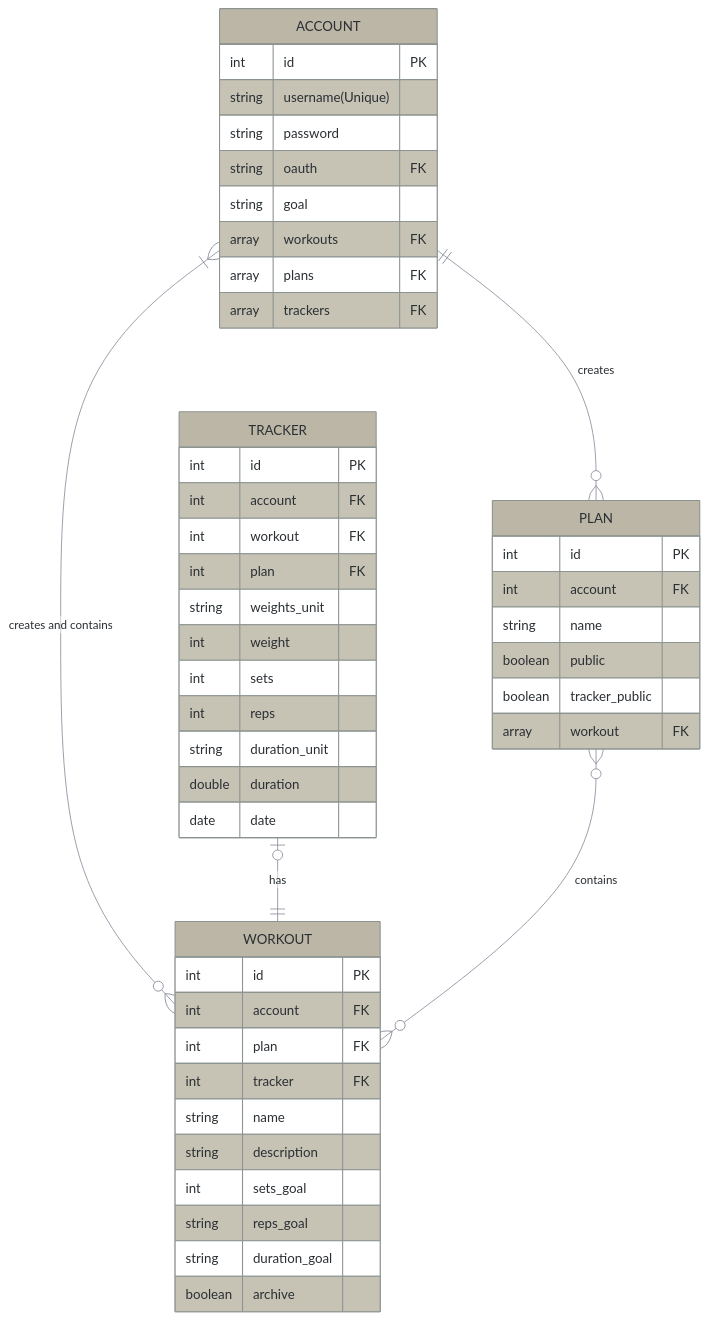
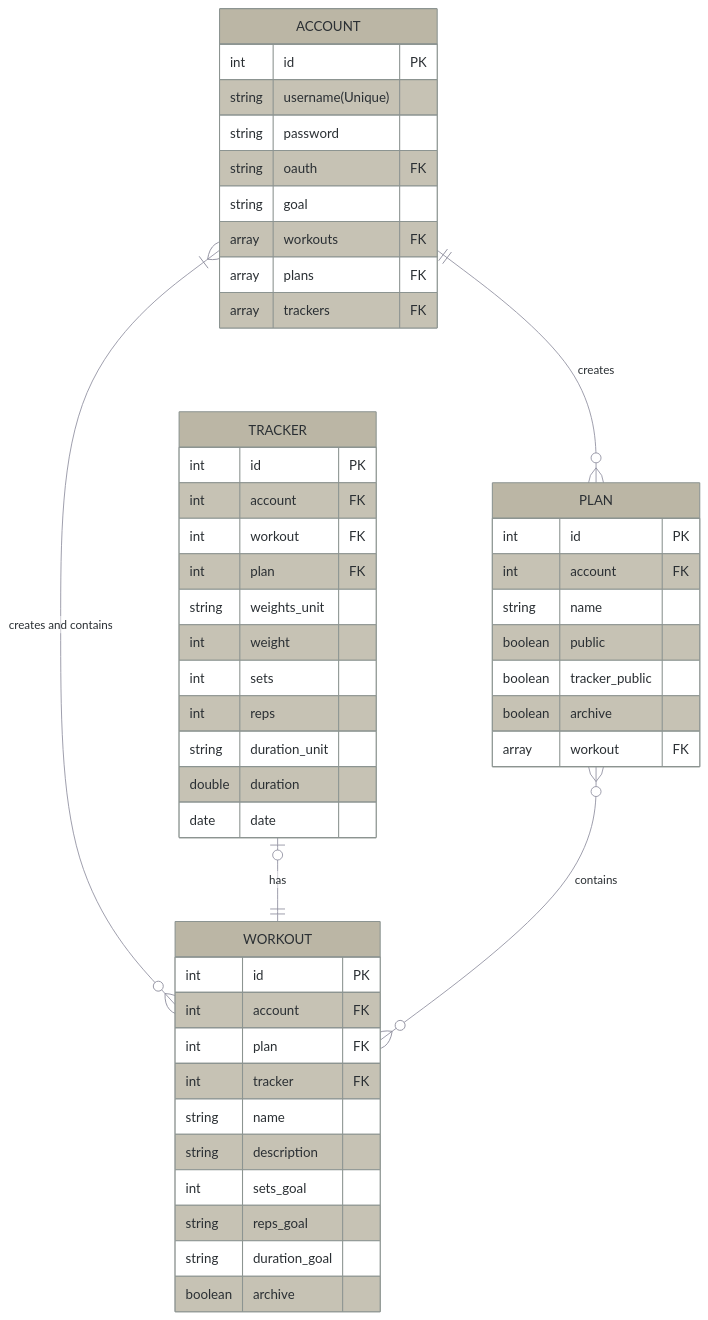
One commit to EfrainAD/Workout-App changed the diagram in ERD.md. Above: the diagram before and after it, drawn with Mermaid.

Commit message:
Added archive boolean to the plan table

````diff
--- a/ERD.md
+++ b/ERD.md
@@ -3,64 +3,65 @@
 ```mermaid
 %%{
 	init: {
 		'theme': 'base',
 		'themeVariables': {
 			'primaryColor': '#BBB6A5',
 			'primaryTextColor': '#2A2F33',
 			'primaryBorderColor': '#8C9491',
 			'lineColor': '#8C8C9C',
 			'secondaryColor': '#8C9491',
 			'tertiaryColor': '#fff'
 		}
 	}
 }%%
 erDiagram
     ACCOUNT ||--o{ PLAN : creates
     ACCOUNT }|--o{ WORKOUT : "creates and contains"
     ACCOUNT {
 		int id PK
 		string username(Unique)
 		string password
 		string oauth FK
 		string goal
 		array workouts FK
 		array plans FK
 		array trackers FK
     }
 	TRACKER |o--|| WORKOUT : has
 	TRACKER {
 		int id PK
 		int account FK
 		int workout FK
 		int plan FK
 		string weights_unit
 		int weight
 		int sets
 		int reps
 		string duration_unit
 		double duration
 		date date
 	}
     PLAN }o--o{ WORKOUT : contains
     PLAN {
 		int id PK
 		int account FK
 		string name
 		boolean public
 		boolean tracker_public
+		boolean archive
 		array workout FK
 	}
     WORKOUT {
 		int id PK
 		int account FK
 		int plan FK
 		int tracker FK
 		string name
 		string description
 		int sets_goal
 		string reps_goal
 		string duration_goal
 		boolean archive
     }
 
 ```
````
